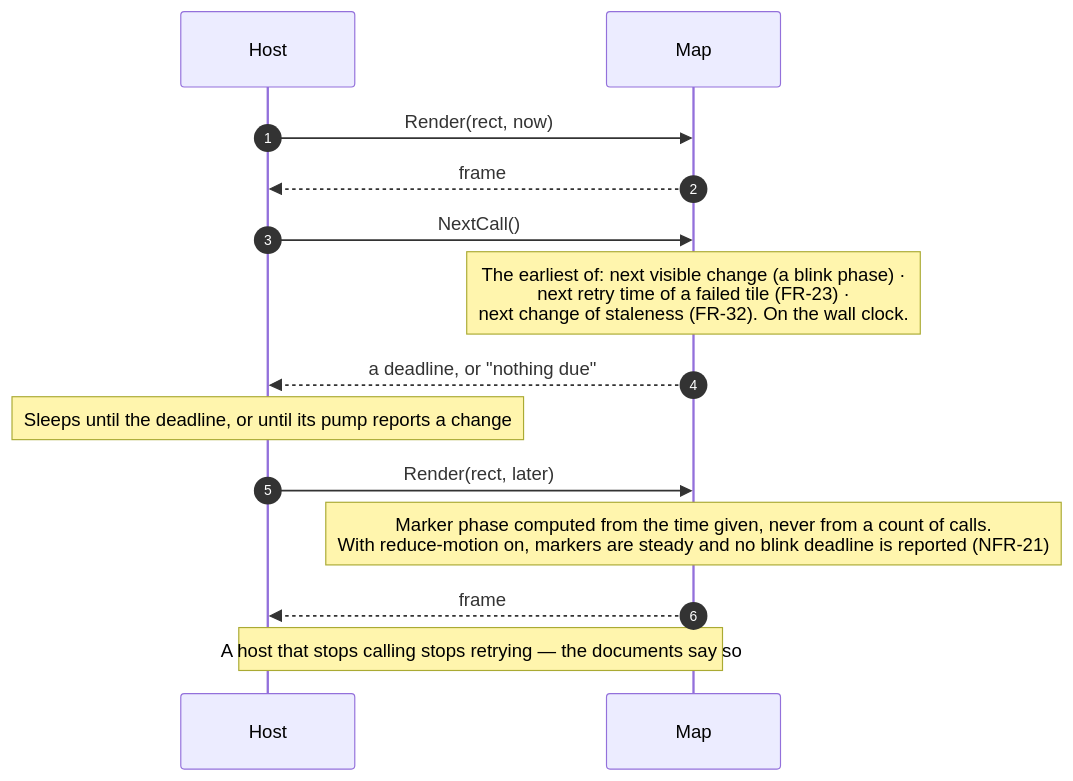
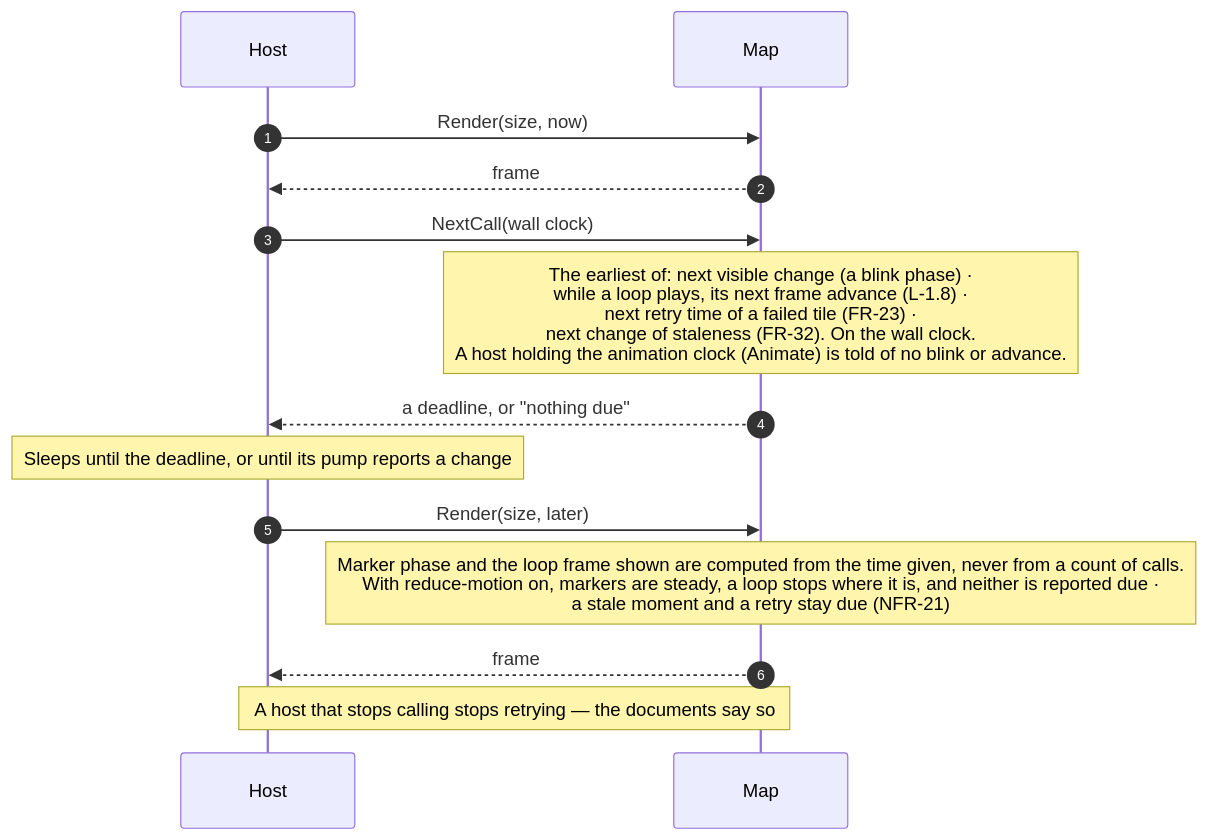
One commit to branden-thompson/go-tuimaps changed the third of 4 diagrams in 06_docs/02_features/go-tuimaps/03-architecture-design/L3-sequences.md. Above: the diagram before and after it, drawn with Mermaid. The commit also changed other lines of this file and 544 other files, not shown here.

````diff
--- a/06_docs/02_features/go-tuimaps/03-architecture-design/L3-sequences.md
+++ b/06_docs/02_features/go-tuimaps/03-architecture-design/L3-sequences.md
@@ -67,16 +70,16 @@
 ```mermaid
 sequenceDiagram
     autonumber
     participant H as Host
     participant M as Map
-    H->>M: Render(rect, now)
+    H->>M: Render(size, now)
     M-->>H: frame
-    H->>M: NextCall()
-    Note over M: The earliest of: next visible change (a blink phase) ·<br/>next retry time of a failed tile (FR-23) ·<br/>next change of staleness (FR-32). On the wall clock.
+    H->>M: NextCall(wall clock)
+    Note over M: The earliest of: next visible change (a blink phase) ·<br/>while a loop plays, its next frame advance (L-1.8) ·<br/>next retry time of a failed tile (FR-23) ·<br/>next change of staleness (FR-32). On the wall clock.<br/>A host holding the animation clock (Animate) is told of no blink or advance.
     M-->>H: a deadline, or "nothing due"
     Note over H: Sleeps until the deadline, or until its pump reports a change
-    H->>M: Render(rect, later)
-    Note over M: Marker phase computed from the time given, never from a count of calls.<br/>With reduce-motion on, markers are steady and no blink deadline is reported (NFR-21)
+    H->>M: Render(size, later)
+    Note over M: Marker phase and the loop frame shown are computed from the time given, never from a count of calls.<br/>With reduce-motion on, markers are steady, a loop stops where it is, and neither is reported due ·<br/>a stale moment and a retry stay due (NFR-21)
     M-->>H: frame
     Note over H,M: A host that stops calling stops retrying — the documents say so
 ```
````
